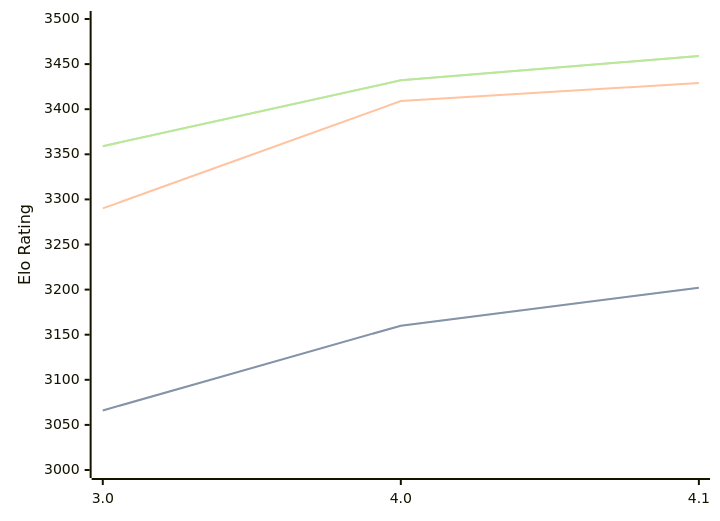
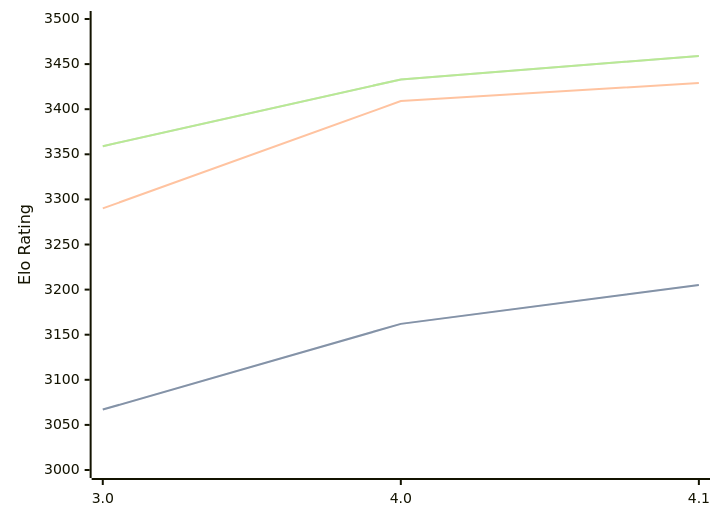
One commit to computer-chess-index/cci changed the diagram in engines/Eleanor.md. Above: the diagram before and after it, drawn with Mermaid. The commit also changed other lines of this file, not shown here.

Commit message:
Update CCI Ratings (ELO VLTC) - 2026-04-25

````diff
--- a/engines/Eleanor.md
+++ b/engines/Eleanor.md
@@ -35,11 +35,11 @@
 ```mermaid
 %%{init: {"theme":"base","themeVariables":{"seriesColors:['#a3a3a3','#222221','#faa371']}}}%%
 xychart-beta
   x-axis ["3.0", "4.0", "4.1"]
   y-axis "Elo Rating" 3000 --> 3500
-  line "STC (8.0+0.08s)" [3066, 3160, 3202]
-  line "STC (8.0+0.08s)" [3066, 3160, 3202]
+  line "STC (8.0+0.08s)" [3067, 3162, 3205]
+  line "STC (8.0+0.08s)" [3067, 3162, 3205]
   line "LTC (60.0+0.60s)" [3290, 3409, 3429]
-  line "VLTC (2m24s+1.12s)" [3359, 3432, 3459]
-  line "VLTC (2m24s+1.12s)" [3359, 3432, 3459]
+  line "VLTC (2m24s+1.12s)" [3359, 3433, 3459]
+  line "VLTC (2m24s+1.12s)" [3359, 3433, 3459]
 ```
````
